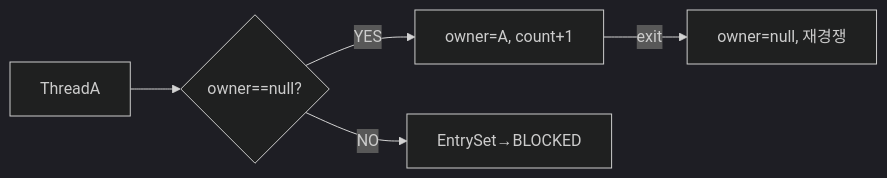
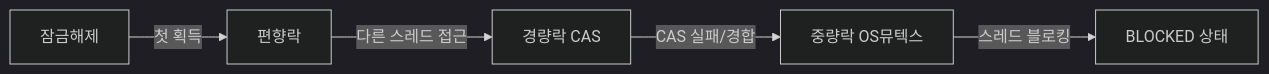
Before and after one commit to yjkim2015/yjkim2015.github.io: the second of 4 diagrams in _posts/java/2026-05-01-java-thread.md, drawn with Mermaid (dark theme). The commit also changed other lines of this file and 4 other files, not shown here.

````diff
--- a/_posts/java/2026-05-01-java-thread.md
+++ b/_posts/java/2026-05-01-java-thread.md
@@ -327,7 +265,7 @@
 ```mermaid
 graph LR
-    TA["ThreadA"] --> CHK{"owner==null?"}
-    CHK -->|YES| OWN["owner=A, count+1"]
-    CHK -->|NO| BLK["EntrySet→BLOCKED"]
-    OWN -->|exit| REL["owner=null, 재경쟁"]
+    UNLOCK["잠금해제"] -->|첫 획득| BIAS["편향락"]
+    BIAS -->|다른 스레드 접근| THIN["경량락 CAS"]
+    THIN -->|CAS 실패/경합| FAT["중량락 OS뮤텍스"]
+    FAT -->|스레드 블로킹| BLOCK["BLOCKED 상태"]
 ```
````
